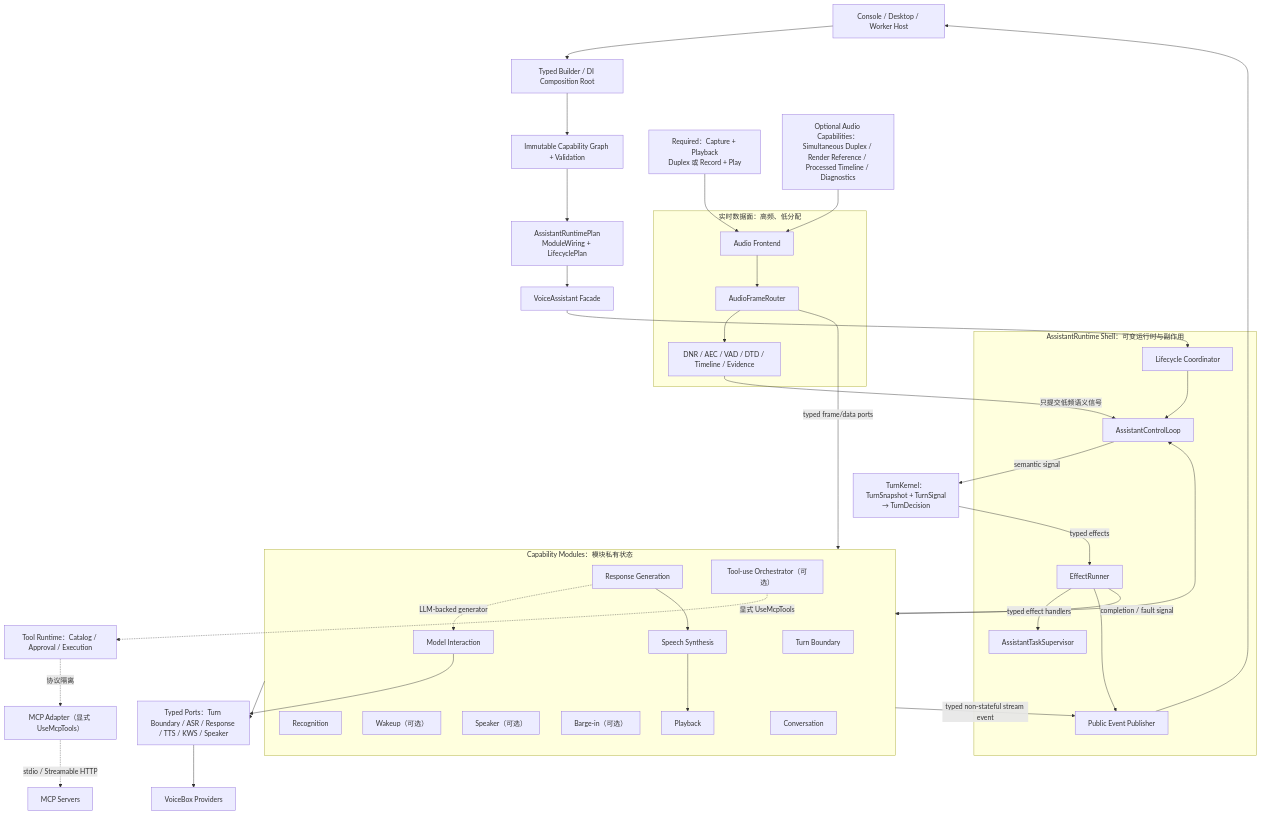
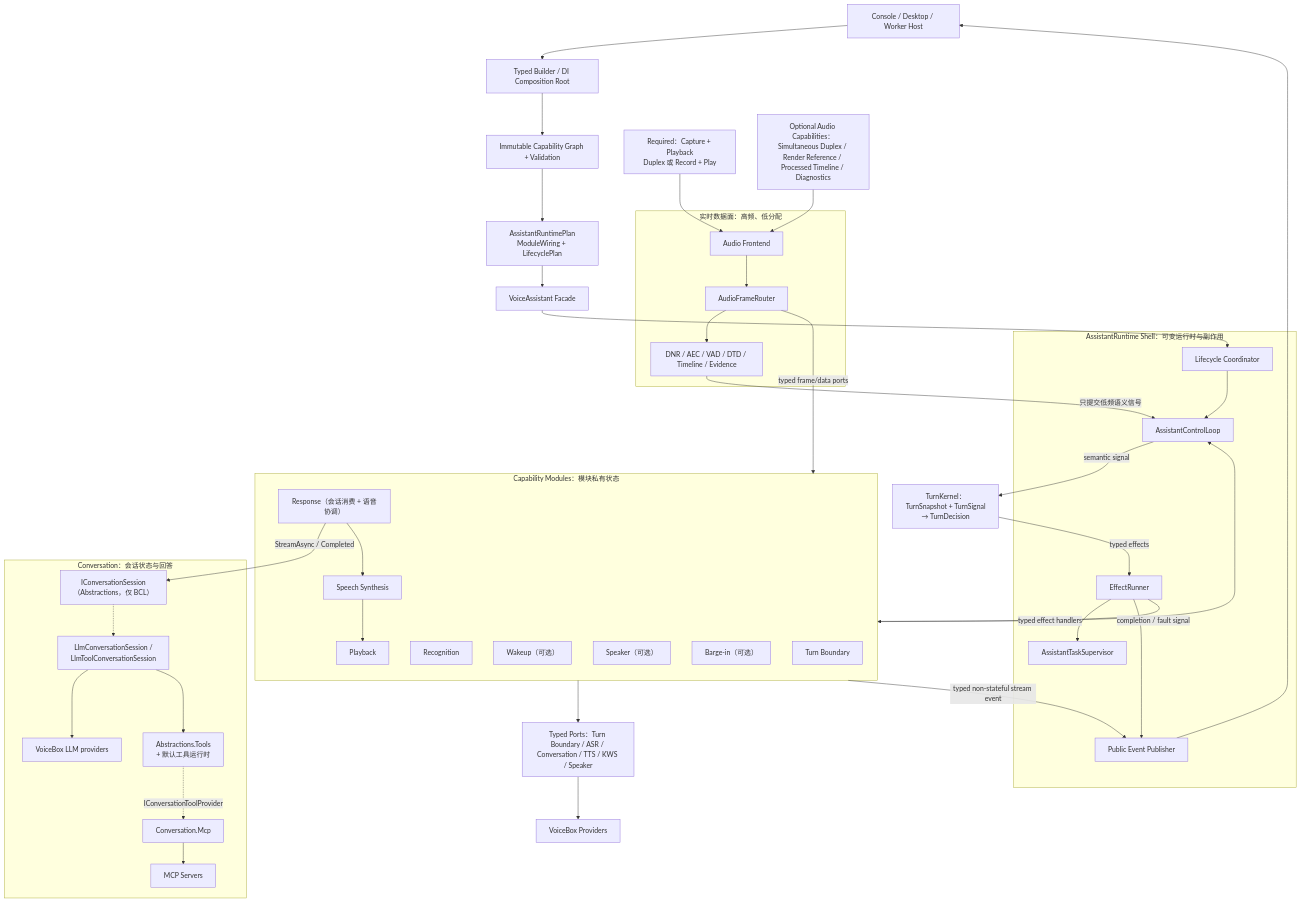
The diagram in docs/voicebox-assistant-architecture.md (withsalt/voicebox), drawn with Mermaid before and after one commit. The commit also changed other lines of this file and 237 other files, not shown here.

````diff
--- a/docs/voicebox-assistant-architecture.md
+++ b/docs/voicebox-assistant-architecture.md
@@ -45,67 +50,71 @@
 ```mermaid
 flowchart TB
     Host["Console / Desktop / Worker Host"]
     Composition["Typed Builder / DI Composition Root"]
     Graph["Immutable Capability Graph + Validation"]
     Plan["AssistantRuntimePlan<br/>ModuleWiring + LifecyclePlan"]
     Facade["VoiceAssistant Facade"]
 
     subgraph Shell["AssistantRuntime Shell：可变运行时与副作用"]
         Lifecycle["Lifecycle Coordinator"]
         Loop["AssistantControlLoop"]
         Effects["EffectRunner"]
         Supervisor["AssistantTaskSupervisor"]
         Publisher["Public Event Publisher"]
     end
 
     Kernel["TurnKernel：<br/>TurnSnapshot + TurnSignal<br/>→ TurnDecision"]
 
     subgraph Modules["Capability Modules：模块私有状态"]
         TurnBoundary["Turn Boundary"]
         Recognition["Recognition"]
-        Response["Response Generation"]
-        ModelInteraction["Model Interaction"]
+        Response["Response（会话消费 + 语音协调）"]
         Synthesis["Speech Synthesis"]
         Wakeup["Wakeup（可选）"]
         Speaker["Speaker（可选）"]
         BargeIn["Barge-in（可选）"]
-        ToolUse["Tool-use Orchestrator（可选）"]
         Playback["Playback"]
-        History["Conversation"]
+    end
+
+    subgraph ConversationLayer["Conversation：会话状态与回答"]
+        Contract["IConversationSession<br/>（Abstractions，仅 BCL）"]
+        Default["LlmConversationSession /<br/>LlmToolConversationSession"]
+        Tools["Abstractions.Tools<br/>+ 默认工具运行时"]
+        McpAdapter["Conversation.Mcp"]
+        McpServers["MCP Servers"]
+        Llm["VoiceBox LLM providers"]
     end
 
     subgraph Data["实时数据面：高频、低分配"]
         Audio["Audio Frontend"]
         Router["AudioFrameRouter"]
         DSP["DNR / AEC / VAD / DTD / Timeline / Evidence"]
     end
 
     AudioPorts["Required：Capture + Playback<br/>Duplex 或 Record + Play"]
     OptionalAudio["Optional Audio Capabilities：<br/>Simultaneous Duplex / Render Reference / Processed Timeline / Diagnostics"]
-    Ports["Typed Ports：Turn Boundary / ASR / Response / TTS / KWS / Speaker"]
+    Ports["Typed Ports：Turn Boundary / ASR / Conversation / TTS / KWS / Speaker"]
     Providers["VoiceBox Providers"]
-    ToolPorts["Tool Runtime：Catalog / Approval / Execution"]
-    McpAdapter["MCP Adapter（显式 UseMcpTools）"]
-    McpServers["MCP Servers"]
 
     Host --> Composition --> Graph --> Plan --> Facade --> Lifecycle --> Loop
     Loop -->|semantic signal| Kernel
     Kernel -->|typed effects| Effects
     Effects -->|typed effect handlers| Modules
     Modules -->|completion / fault signal| Loop
     Modules --> Ports --> Providers
-    Response -.->|LLM-backed generator| ModelInteraction
-    ModelInteraction --> Ports
+    Response -->|StreamAsync / Completed| Contract
+    Contract -.-> Default
+    Default --> Llm
+    Default --> Tools
+    Tools -.->|IConversationToolProvider| McpAdapter
+    McpAdapter --> McpServers
     Response --> Synthesis --> Playback
     Effects --> Supervisor
     Effects --> Publisher --> Host
     Modules -->|typed non-stateful stream event| Publisher
     AudioPorts --> Audio
     OptionalAudio --> Audio
     Audio --> Router --> DSP
     Router -->|typed frame/data ports| Modules
     DSP -->|只提交低频语义信号| Loop
-    ToolUse -.->|显式 UseMcpTools| ToolPorts
-    ToolPorts -.->|协议隔离| McpAdapter
-    McpAdapter -.->|stdio / Streamable HTTP| McpServers
 ```
````
